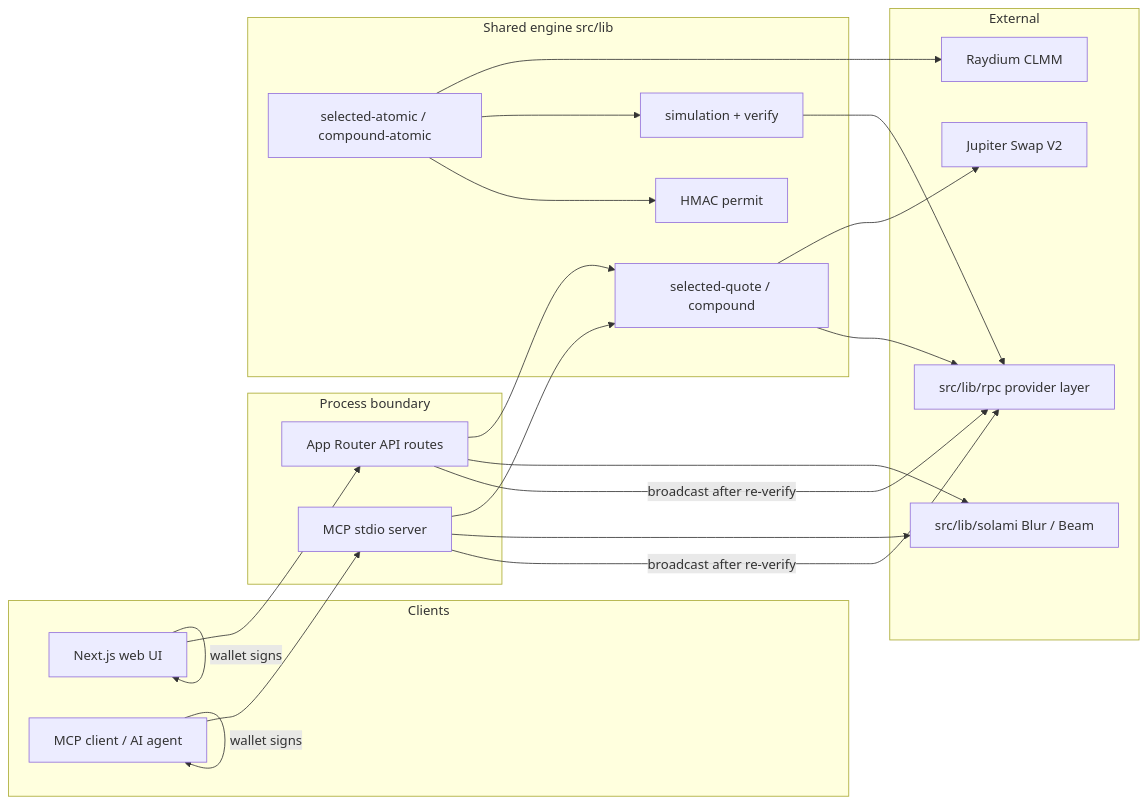
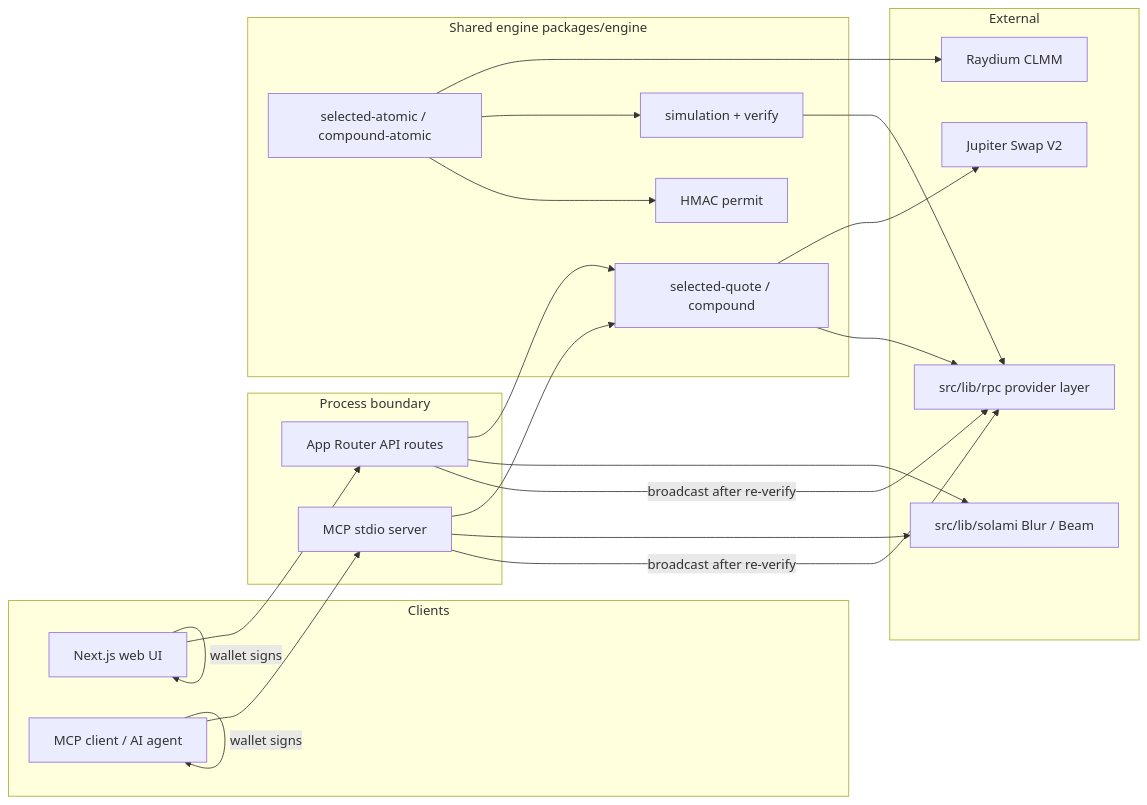
One commit to truenorth-lj/sofinance-public changed the first of 2 diagrams in README.md. Above: the diagram before and after it, drawn with Mermaid. The commit also changed other lines of this file and 185 other files, not shown here.

````diff
--- a/README.md
+++ b/README.md
@@ -421,39 +421,39 @@
 ```mermaid
 flowchart LR
   subgraph clients [Clients]
     Web[Next.js web UI]
     Agent[MCP client / AI agent]
   end
   subgraph edge [Process boundary]
     API[App Router API routes]
     MCP[MCP stdio server]
   end
-  subgraph engine ["Shared engine src/lib"]
+  subgraph engine ["Shared engine packages/engine"]
     Quote[selected-quote / compound]
     Atomic[selected-atomic / compound-atomic]
     Sim[simulation + verify]
     Permit[HMAC permit]
   end
   subgraph external [External]
     RPC[src/lib/rpc provider layer]
     Blur[src/lib/solami Blur / Beam]
     Jup[Jupiter Swap V2]
     Ray[Raydium CLMM]
   end
   Web --> API
   Agent --> MCP
   API --> Quote
   MCP --> Quote
   Quote --> Jup
   Quote --> RPC
   API --> Blur
   MCP --> Blur
   Atomic --> Ray
   Atomic --> Sim
   Sim --> RPC
   Atomic --> Permit
   Web -->|wallet signs| Web
   Agent -->|wallet signs| Agent
   API -->|broadcast after re-verify| RPC
   MCP -->|broadcast after re-verify| RPC
 ```
````
